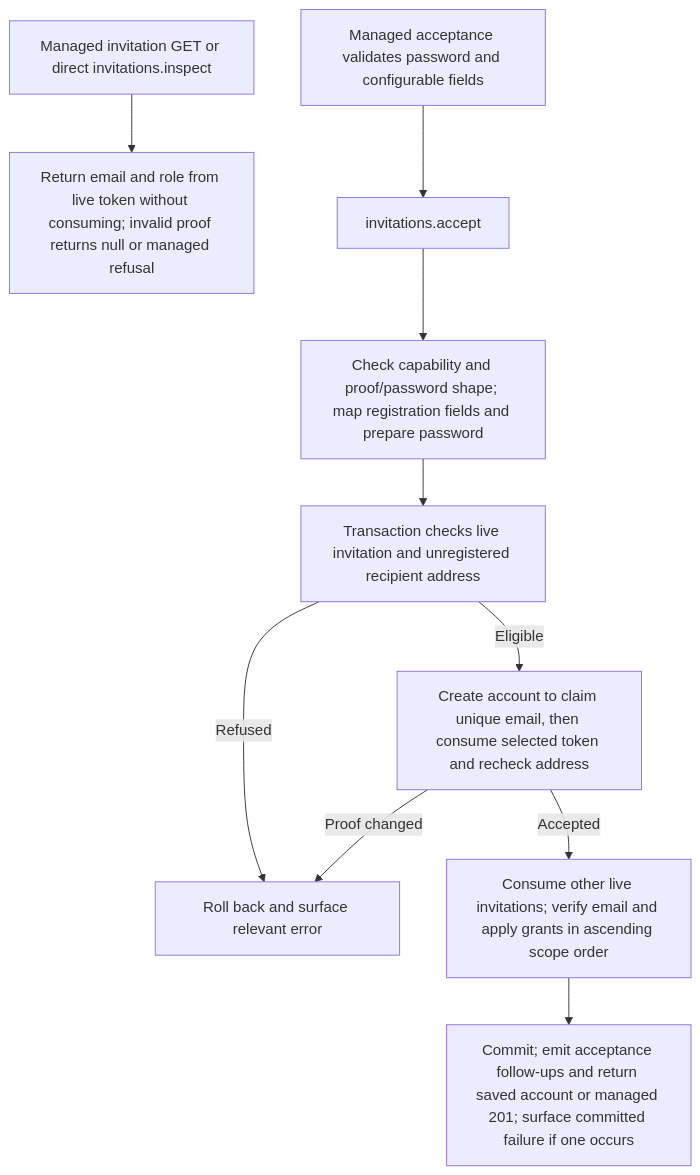
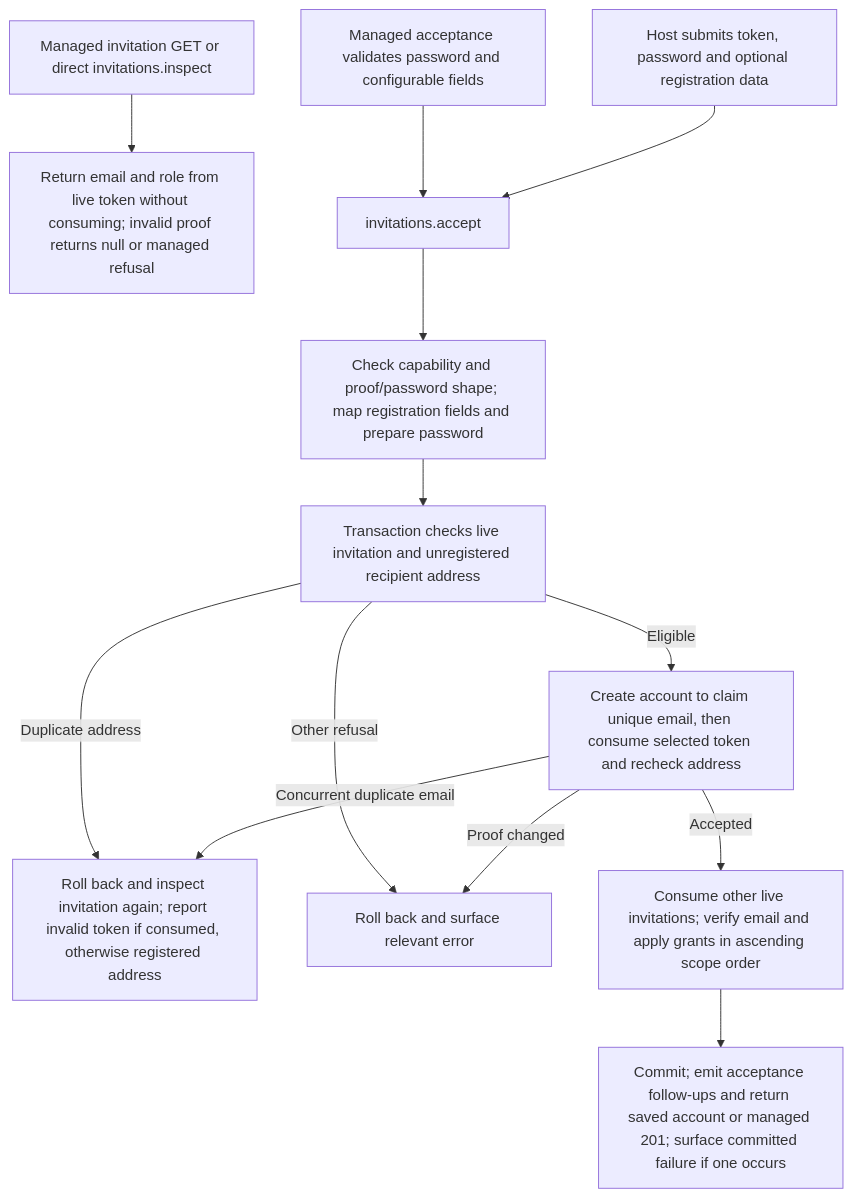
One commit to Kevinjohn/oss-adonisjs-account-kit changed the second of 2 diagrams in user-stories/US-ACCOUNT-09-accept-invitation.md. Above: the diagram before and after it, drawn with Mermaid. The commit also changed other lines of this file and 42 other files, not shown here.

````diff
--- a/user-stories/US-ACCOUNT-09-accept-invitation.md
+++ b/user-stories/US-ACCOUNT-09-accept-invitation.md
@@ -34,12 +35,15 @@
 ```mermaid
 flowchart TD
   P0["Managed invitation GET or direct invitations.inspect"] --> P1["Return email and role from live token without consuming; invalid proof returns null or managed refusal"]
   M["Managed acceptance validates password and configurable fields"] --> A["invitations.accept"]
+  H0["Host submits token, password and optional registration data"] --> A
   A --> B["Check capability and proof/password shape; map registration fields and prepare password"]
   B --> C["Transaction checks live invitation and unregistered recipient address"]
-  C -->|Refused| E["Roll back and surface relevant error"]
+  C -->|Duplicate address| Q["Roll back and inspect invitation again; report invalid token if consumed, otherwise registered address"]
+  C -->|Other refusal| E["Roll back and surface relevant error"]
   C -->|Eligible| F["Create account to claim unique email, then consume selected token and recheck address"]
   F -->|Proof changed| E
   F -->|Accepted| G["Consume other live invitations; verify email and apply grants in ascending scope order"]
   G --> H["Commit; emit acceptance follow-ups and return saved account or managed 201; surface committed failure if one occurs"]
+  F -->|Concurrent duplicate email| Q
 ```
````
